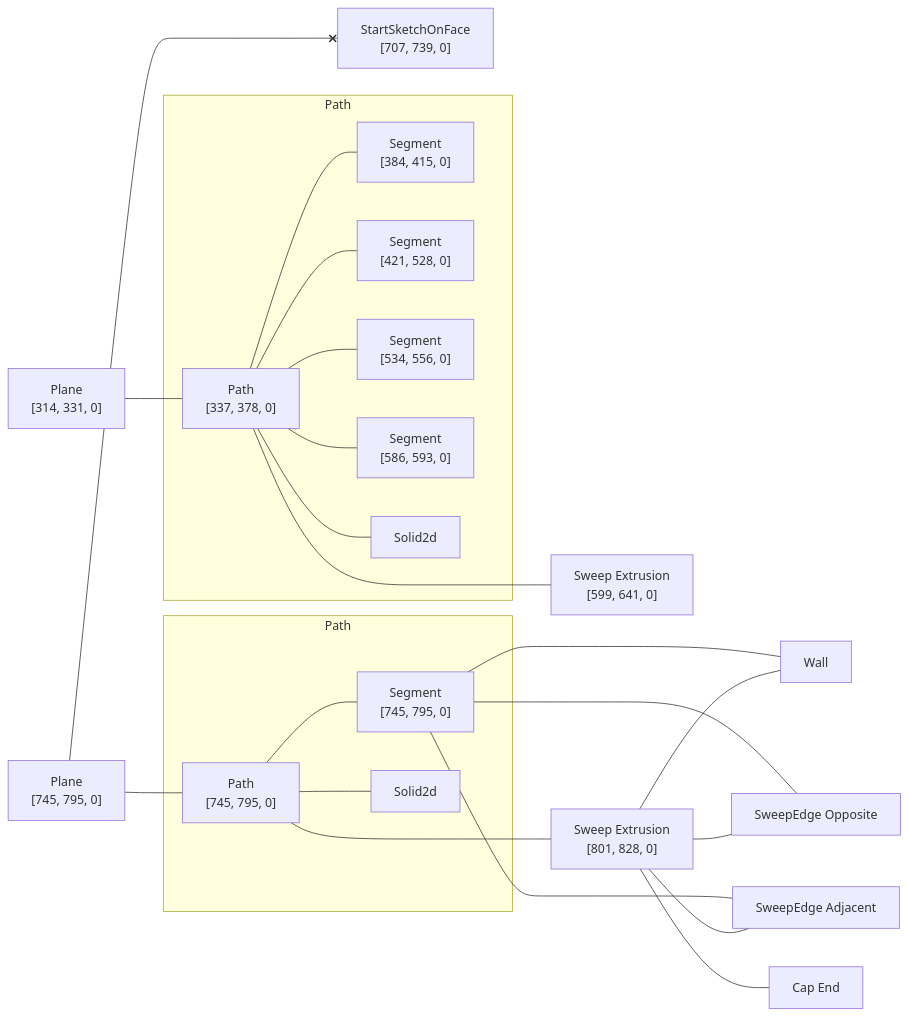
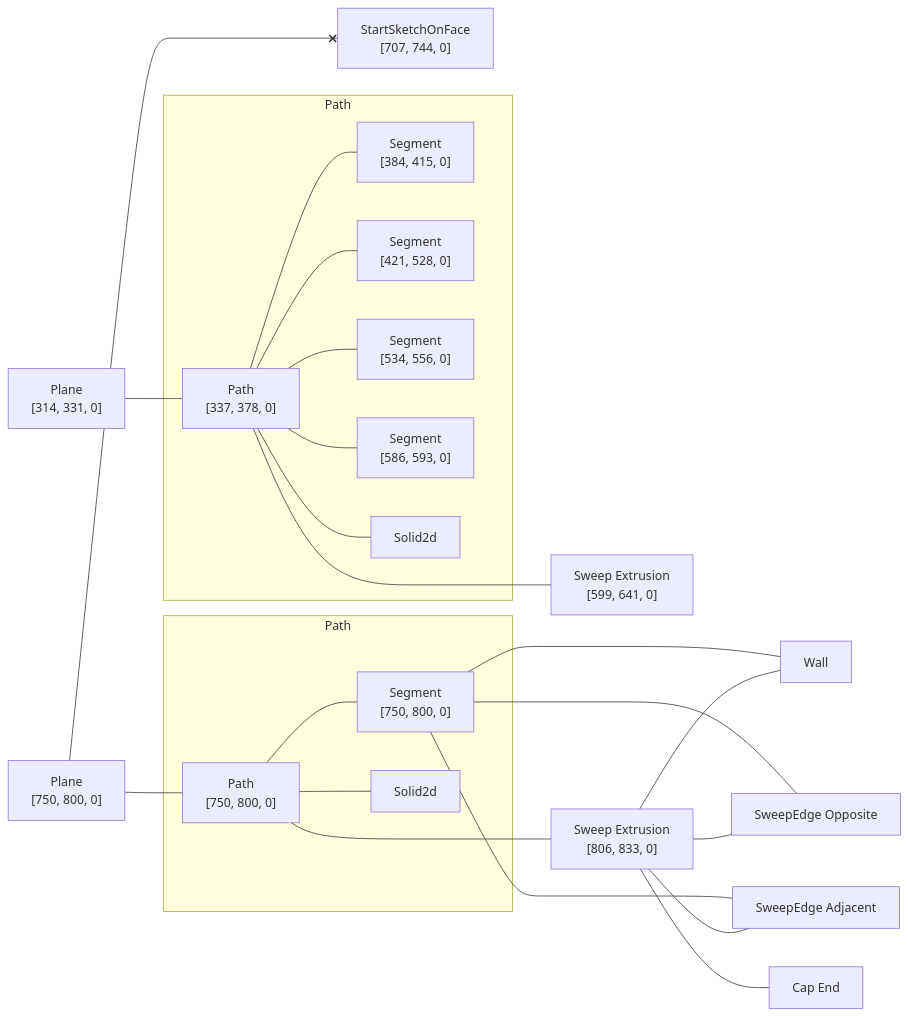
The diagram in rust/kcl-lib/tests/kcl_samples/bottle/artifact_graph_flowchart.snap.md (KittyCAD/modeling-app), drawn with Mermaid before and after one commit. The commit also changed 6 other files, not shown here.

````diff
--- a/rust/kcl-lib/tests/kcl_samples/bottle/artifact_graph_flowchart.snap.md
+++ b/rust/kcl-lib/tests/kcl_samples/bottle/artifact_graph_flowchart.snap.md
@@ -1,44 +1,44 @@
 ```mermaid
 flowchart LR
   subgraph path2 [Path]
     2["Path<br>[337, 378, 0]"]
     3["Segment<br>[384, 415, 0]"]
     4["Segment<br>[421, 528, 0]"]
     5["Segment<br>[534, 556, 0]"]
     6["Segment<br>[586, 593, 0]"]
     7[Solid2d]
   end
   subgraph path10 [Path]
-    10["Path<br>[745, 795, 0]"]
-    11["Segment<br>[745, 795, 0]"]
+    10["Path<br>[750, 800, 0]"]
+    11["Segment<br>[750, 800, 0]"]
     12[Solid2d]
   end
   1["Plane<br>[314, 331, 0]"]
   8["Sweep Extrusion<br>[599, 641, 0]"]
-  9["Plane<br>[745, 795, 0]"]
-  13["Sweep Extrusion<br>[801, 828, 0]"]
+  9["Plane<br>[750, 800, 0]"]
+  13["Sweep Extrusion<br>[806, 833, 0]"]
   14[Wall]
   15["Cap End"]
   16["SweepEdge Opposite"]
   17["SweepEdge Adjacent"]
-  18["StartSketchOnFace<br>[707, 739, 0]"]
+  18["StartSketchOnFace<br>[707, 744, 0]"]
   1 --- 2
   2 --- 3
   2 --- 4
   2 --- 5
   2 --- 6
   2 ---- 8
   2 --- 7
   9 --- 10
   10 --- 11
   10 ---- 13
   10 --- 12
   11 --- 14
   11 --- 16
   11 --- 17
   13 --- 14
   13 --- 15
   13 --- 16
   13 --- 17
   9 <--x 18
 ```
````
